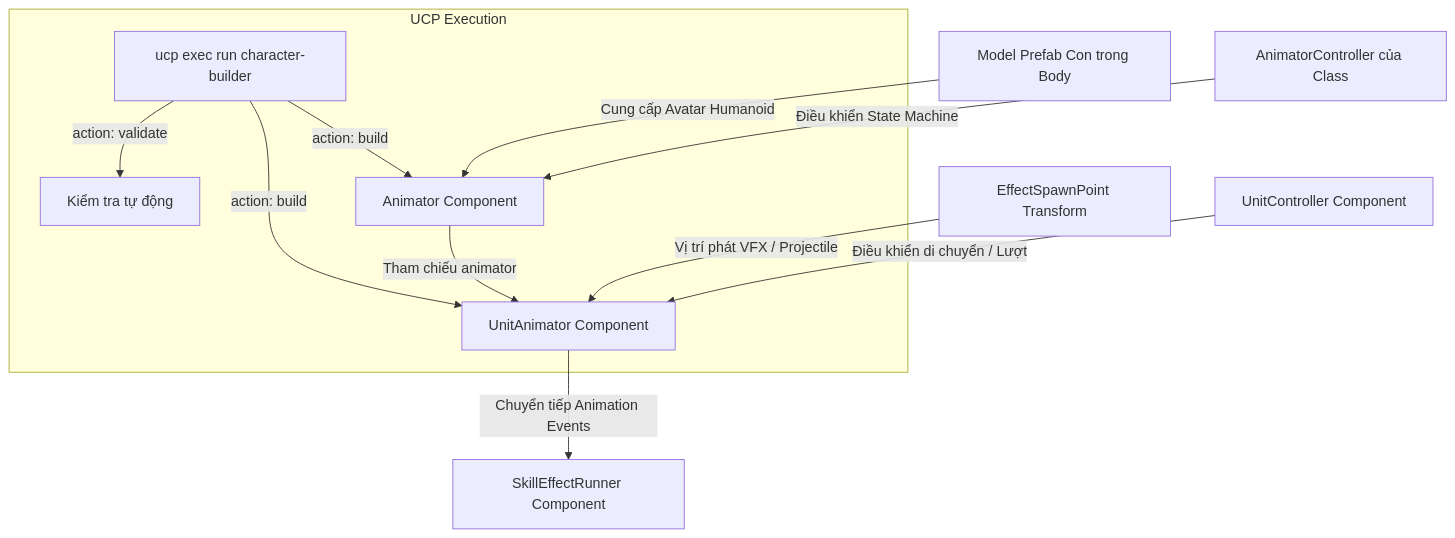
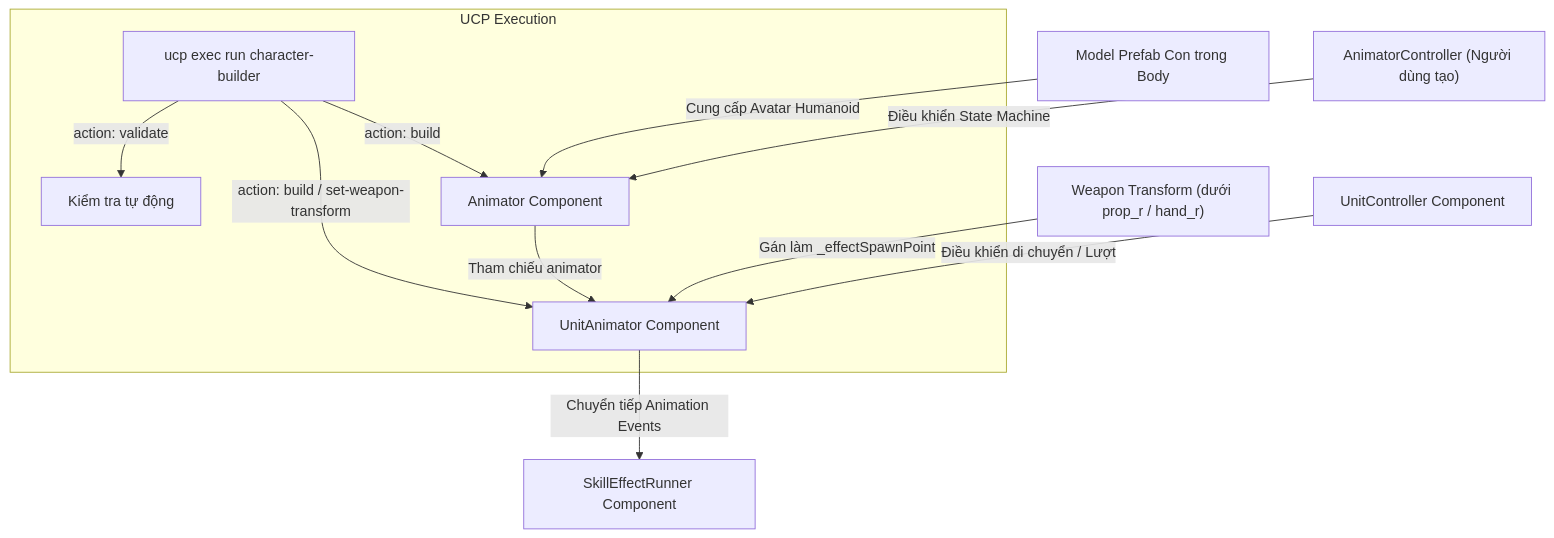
One commit to manhtruong594/turnbased_2025 changed the diagram in Assets/Docs/Workflow/Character_Animator_Avatar_Setup_Workflow.md. Above: the diagram before and after it, drawn with Mermaid. The commit also changed other lines of this file and 7 other files, not shown here.

````diff
--- a/Assets/Docs/Workflow/Character_Animator_Avatar_Setup_Workflow.md
+++ b/Assets/Docs/Workflow/Character_Animator_Avatar_Setup_Workflow.md
@@ -15,15 +15,15 @@
 ```mermaid
 graph TD
     A["Model Prefab Con trong Body"] -->|"Cung cấp Avatar Humanoid"| B["Animator Component"]
-    C["AnimatorController của Class"] -->|"Điều khiển State Machine"| B
+    C["AnimatorController (Người dùng tạo)"] -->|"Điều khiển State Machine"| B
     B -->|"Tham chiếu animator"| D["UnitAnimator Component"]
-    E["EffectSpawnPoint Transform"] -->|"Vị trí phát VFX / Projectile"| D
+    E["Weapon Transform (dưới prop_r / hand_r)"] -->|"Gán làm _effectSpawnPoint"| D
     D -->|"Chuyển tiếp Animation Events"| F["SkillEffectRunner Component"]
     G["UnitController Component"] -->|"Điều khiển di chuyển / Lượt"| D
 
     subgraph UCP Execution
         H["ucp exec run character-builder"] -->|"action: build"| B
-        H -->|"action: build"| D
+        H -->|"action: build / set-weapon-transform"| D
         H -->|"action: validate"| I["Kiểm tra tự động"]
     end
 ```
````
